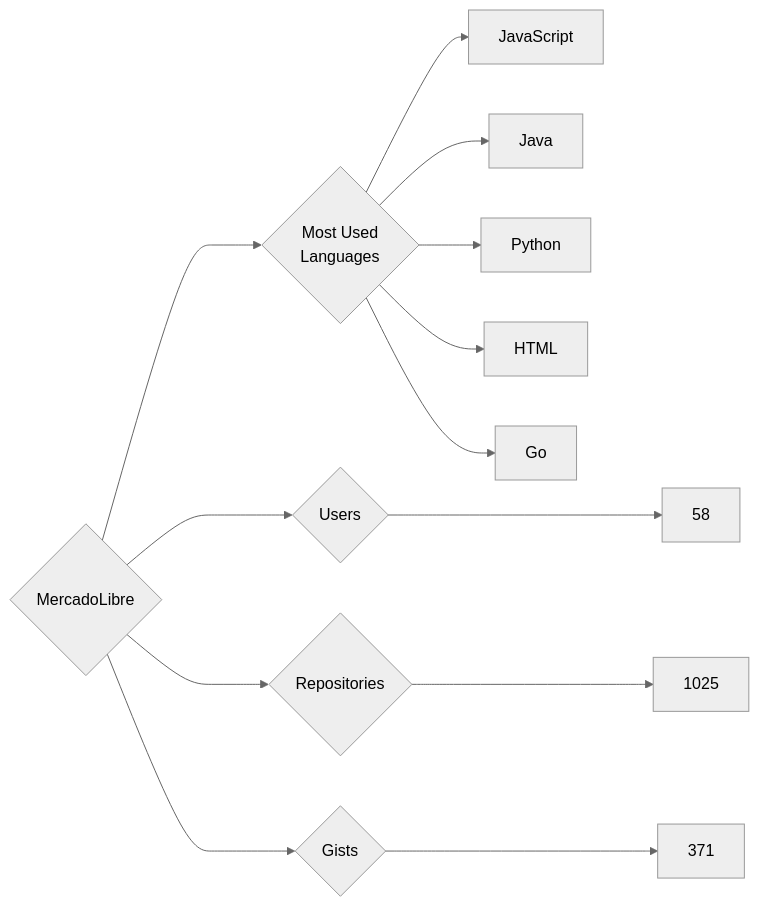
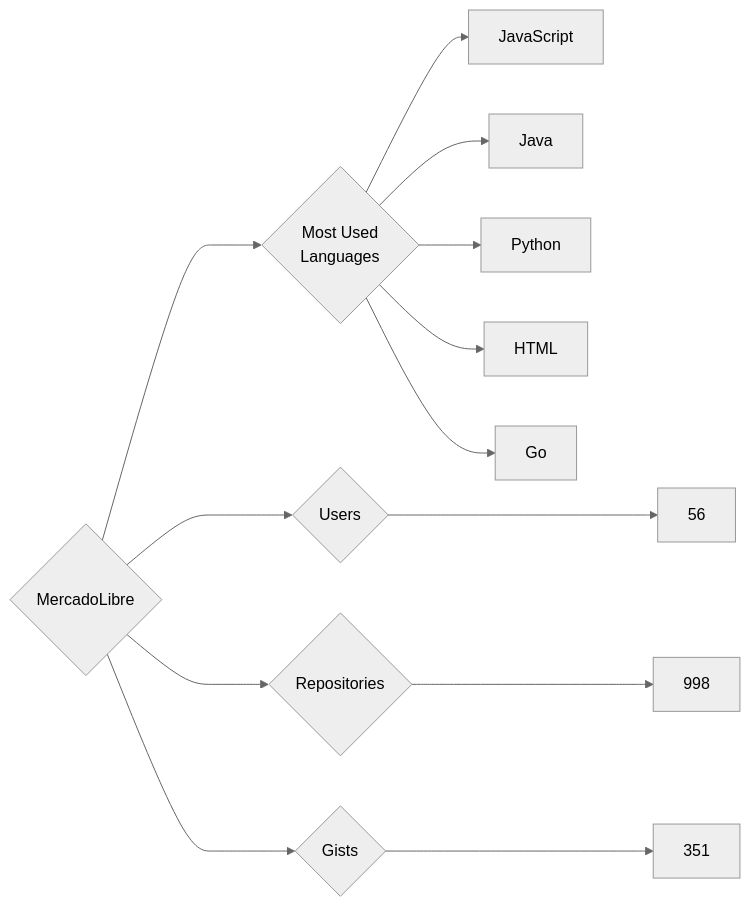
The diagram in targets/MercadoLibre/README.md (trickest/insiders), drawn with Mermaid (neutral theme) before and after one commit. The commit also changed 948 other files, not shown here.

````diff
--- a/targets/MercadoLibre/README.md
+++ b/targets/MercadoLibre/README.md
@@ -3,13 +3,13 @@
 ```mermaid
 graph LR
 COMPANY_NAME{MercadoLibre}
-COMPANY_NAME ---> U{Users} ---> UN[58]
-COMPANY_NAME ---> R{Repositories} ---> RN[1025]
-COMPANY_NAME ---> G{Gists} ---> GN[371]
+COMPANY_NAME ---> U{Users} ---> UN[56]
+COMPANY_NAME ---> R{Repositories} ---> RN[998]
+COMPANY_NAME ---> G{Gists} ---> GN[351]
 COMPANY_NAME ---> ML{Most Used<br>Languages}
 ML --> JavaScript[JavaScript]
 ML --> Java[Java]
 ML --> Python[Python]
 ML --> HTML[HTML]
 ML --> Go[Go]
 ```
````
